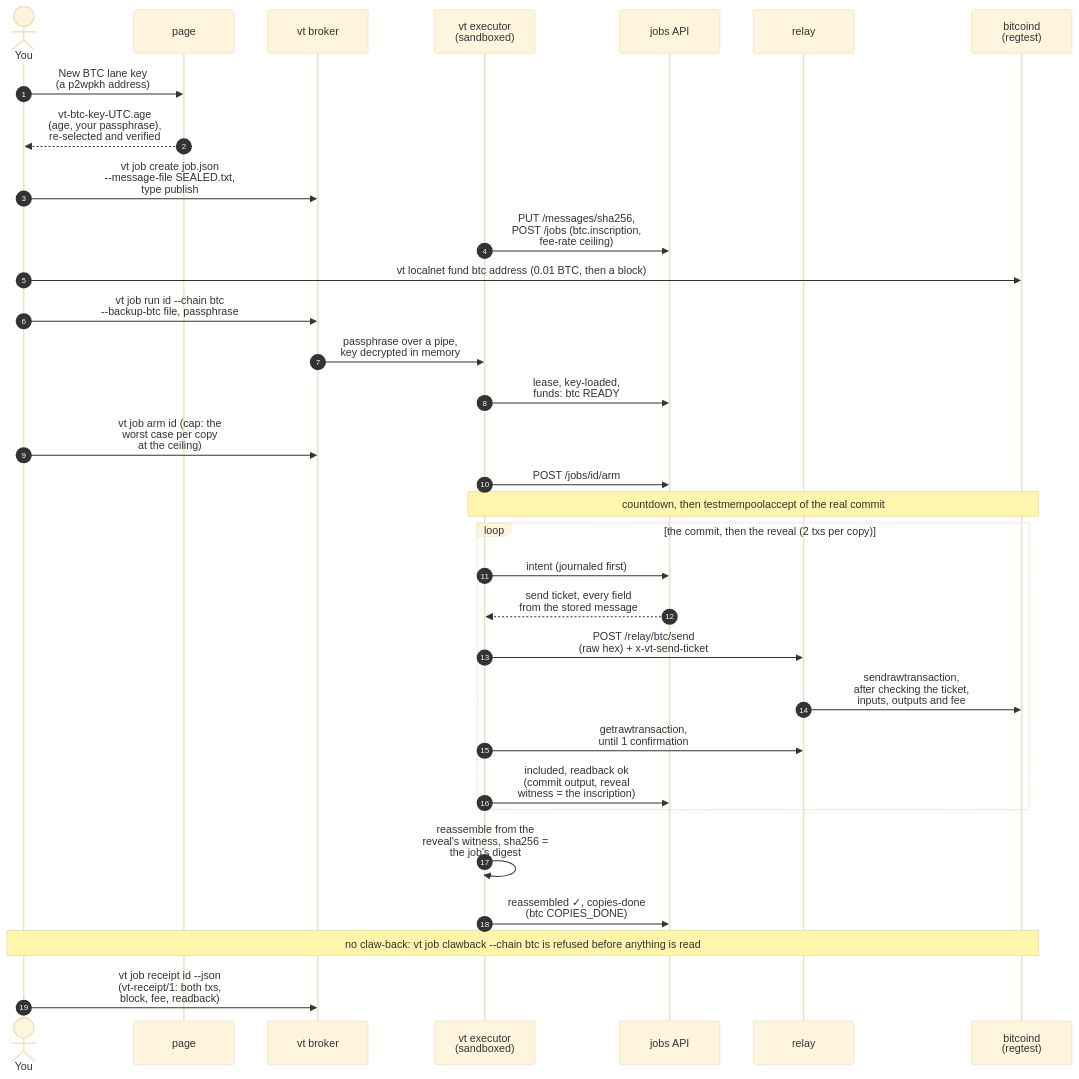
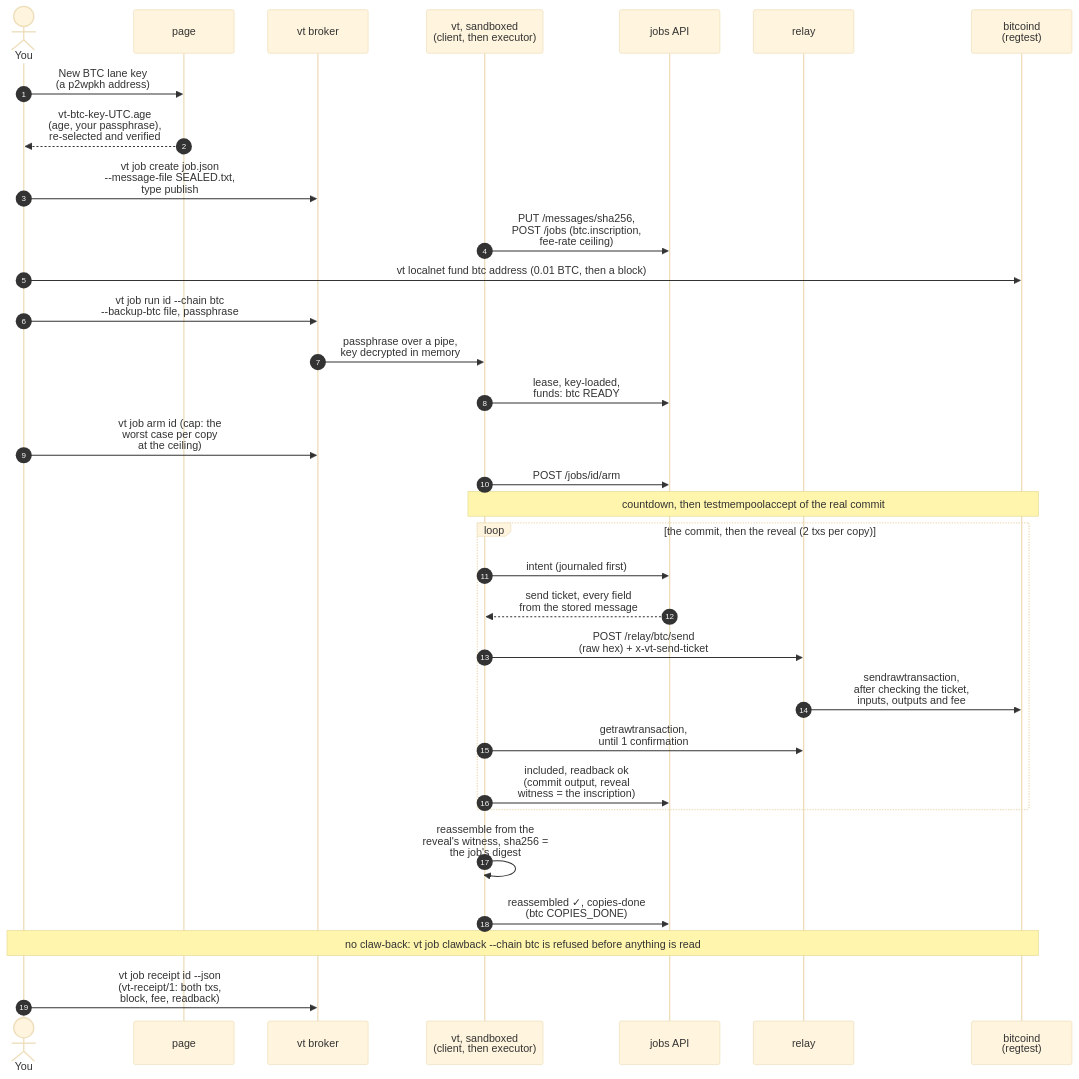
Before and after one commit to andrewtian/vault-timelock: the fifth of 6 diagrams in README.md, drawn with Mermaid (base theme). The commit also changed other lines of this file, not shown here.

First line of the commit message:
README: How it works — Publish→Open edge in the overview; "vt, sandboxed (client, then executor)"

````diff
--- a/README.md
+++ b/README.md
@@ -264,34 +264,34 @@
 ```mermaid
 sequenceDiagram
     autonumber
     actor You
     participant P as page
     participant B as vt broker
-    participant X as vt executor<br/>(sandboxed)
+    participant X as vt, sandboxed<br/>(client, then executor)
     participant A as jobs API
     participant R as relay
     participant N as bitcoind<br/>(regtest)
     You->>P: New BTC lane key<br/>(a p2wpkh address)
     P-->>You: vt-btc-key-UTC.age<br/>(age, your passphrase),<br/>re-selected and verified
     You->>B: vt job create job.json<br/>--message-file SEALED.txt,<br/>type publish
     X->>A: PUT /messages/sha256,<br/>POST /jobs (btc.inscription,<br/>fee-rate ceiling)
     You->>N: vt localnet fund btc address (0.01 BTC, then a block)
     You->>B: vt job run id --chain btc<br/>--backup-btc file, passphrase
     B->>X: passphrase over a pipe,<br/>key decrypted in memory
     X->>A: lease, key-loaded,<br/>funds: btc READY
     You->>B: vt job arm id (cap: the<br/>worst case per copy<br/>at the ceiling)
     X->>A: POST /jobs/id/arm
     Note over X,N: countdown, then testmempoolaccept of the real commit
     loop the commit, then the reveal (2 txs per copy)
         X->>A: intent (journaled first)
         A-->>X: send ticket, every field<br/>from the stored message
         X->>R: POST /relay/btc/send<br/>(raw hex) + x-vt-send-ticket
         R->>N: sendrawtransaction,<br/>after checking the ticket,<br/>inputs, outputs and fee
         X->>R: getrawtransaction,<br/>until 1 confirmation
         X->>A: included, readback ok<br/>(commit output, reveal<br/>witness = the inscription)
     end
     X->>X: reassemble from the<br/>reveal's witness, sha256 =<br/>the job's digest
     X->>A: reassembled ✓, copies-done<br/>(btc COPIES_DONE)
     Note over You,N: no claw-back: vt job clawback --chain btc is refused before anything is read
     You->>B: vt job receipt id --json<br/>(vt-receipt/1: both txs,<br/>block, fee, readback)
 ```
````
